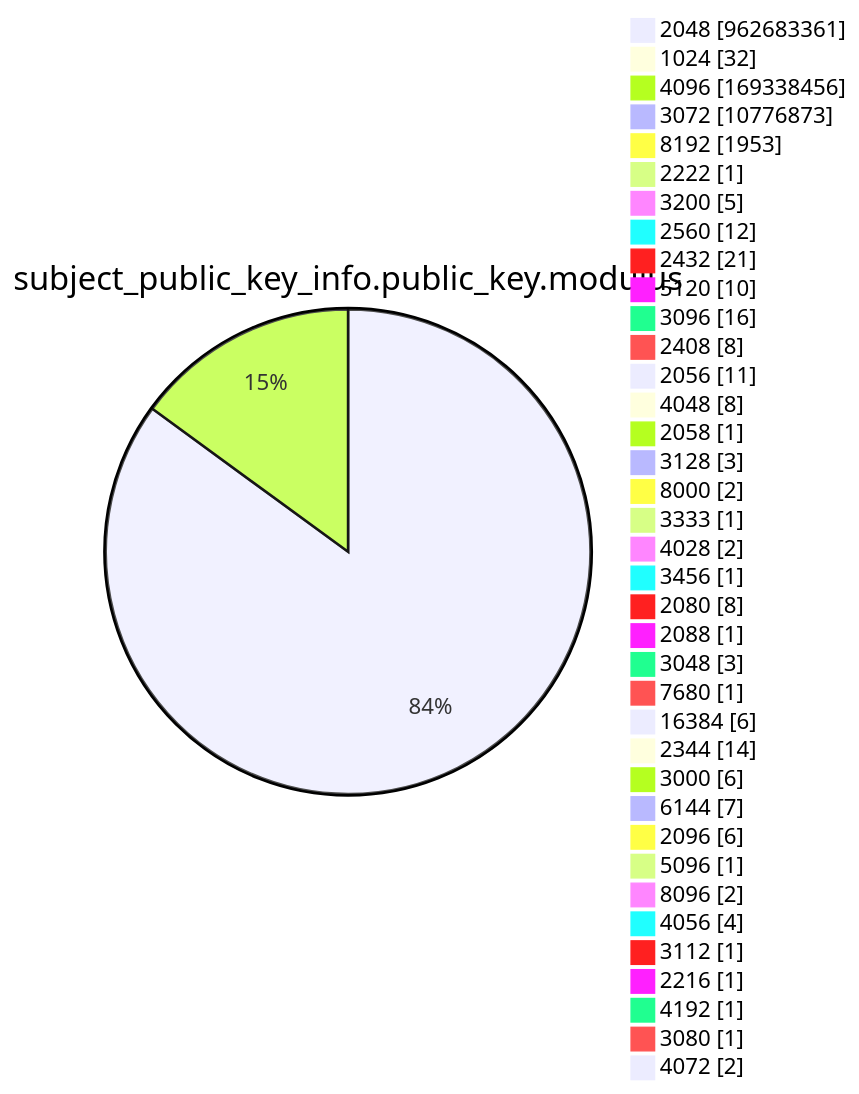
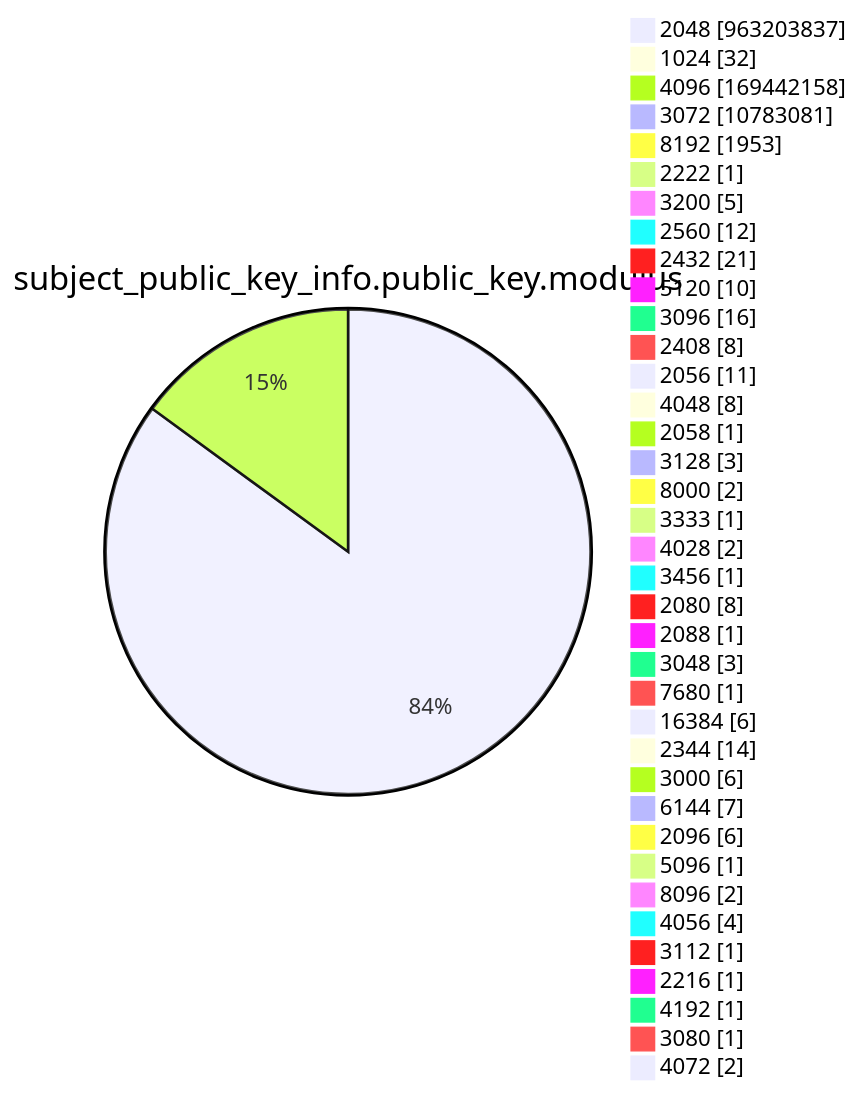
One commit to christiankrug/ctmonitor_visualization changed diagram 13 of 15 in argon2022/README.md. Above: the diagram before and after it, drawn with Mermaid. The commit also changed other lines of this file, not shown here.

````diff
--- a/argon2022/README.md
+++ b/argon2022/README.md
@@ -3586,41 +3586,41 @@
 ```mermaid
 pie showData
 title subject_public_key_info.public_key.modulus
-"2048" :962683361
+"2048" :963203837
 "1024" :32
-"4096" :169338456
-"3072" :10776873
+"4096" :169442158
+"3072" :10783081
 "8192" :1953
 "2222" :1
 "3200" :5
 "2560" :12
 "2432" :21
 "5120" :10
 "3096" :16
 "2408" :8
 "2056" :11
 "4048" :8
 "2058" :1
 "3128" :3
 "8000" :2
 "3333" :1
 "4028" :2
 "3456" :1
 "2080" :8
 "2088" :1
 "3048" :3
 "7680" :1
 "16384" :6
 "2344" :14
 "3000" :6
 "6144" :7
 "2096" :6
 "5096" :1
 "8096" :2
 "4056" :4
 "3112" :1
 "2216" :1
 "4192" :1
 "3080" :1
 "4072" :2
 ```
````
